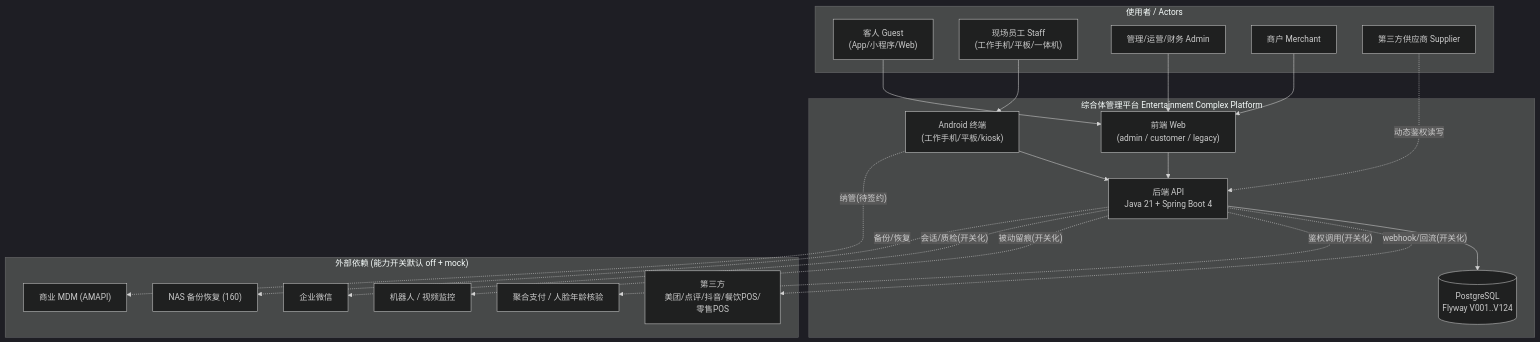
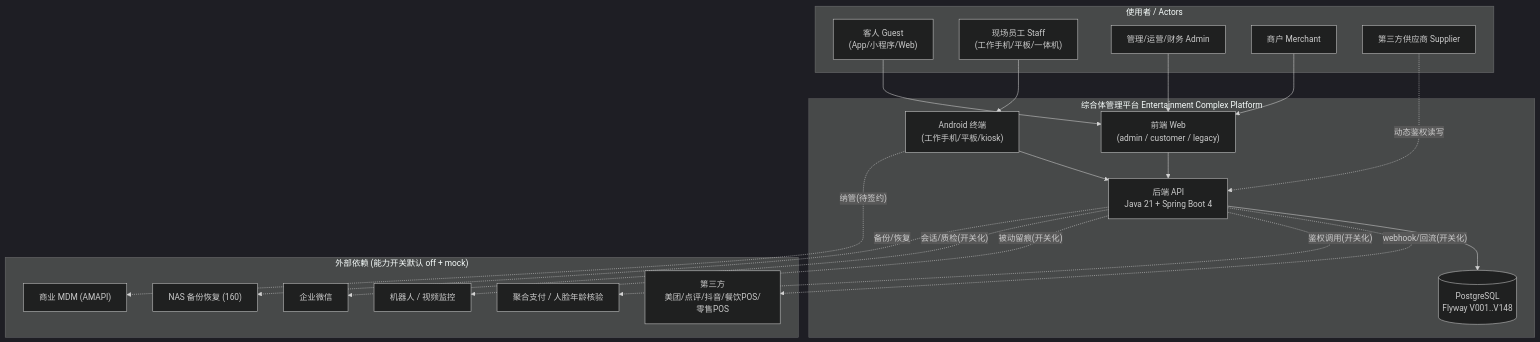
Before and after one commit to jxh1979/mall: the first of 5 diagrams in docs/architecture-overview-v0.1.md, drawn with Mermaid (dark theme). The commit also changed other lines of this file and 281 other files, not shown here.

````diff
--- a/docs/architecture-overview-v0.1.md
+++ b/docs/architecture-overview-v0.1.md
@@ -7,41 +7,41 @@
 ```mermaid
 graph TB
   subgraph Users["使用者 / Actors"]
     GUEST["客人 Guest<br/>(App/小程序/Web)"]
     STAFF["现场员工 Staff<br/>(工作手机/平板/一体机)"]
     ADMIN["管理/运营/财务 Admin"]
     MERCHANT["商户 Merchant"]
     SUPPLIER["第三方供应商 Supplier"]
   end
 
   subgraph Platform["综合体管理平台 Entertainment Complex Platform"]
     WEB["前端 Web<br/>(admin / customer / legacy)"]
     ANDROID["Android 终端<br/>(工作手机/平板/kiosk)"]
     API["后端 API<br/>Java 21 + Spring Boot 4"]
-    DB[("PostgreSQL<br/>Flyway V001..V124")]
+    DB[("PostgreSQL<br/>Flyway V001..V148")]
   end
 
   subgraph External["外部依赖 (能力开关默认 off + mock)"]
     TP["第三方<br/>美团/点评/抖音/餐饮POS/零售POS"]
     PAY["聚合支付 / 人脸年龄核验"]
     ROBOT["机器人 / 视频监控"]
     WECOM["企业微信"]
     MDM["商业 MDM (AMAPI)"]
     NAS["NAS 备份恢复 (160)"]
   end
 
   GUEST --> WEB
   STAFF --> ANDROID
   ADMIN --> WEB
   MERCHANT --> WEB
   WEB --> API
   ANDROID --> API
   API --> DB
   API -. webhook/回流(开关化) .-> TP
   API -. 鉴权调用(开关化) .-> PAY
   API -. 被动留痕(开关化) .-> ROBOT
   API -. 会话/质检(开关化) .-> WECOM
   ANDROID -. 纳管(待签约) .-> MDM
   API -. 备份/恢复 .-> NAS
   SUPPLIER -. 动态鉴权读写 .-> API
 ```
````
